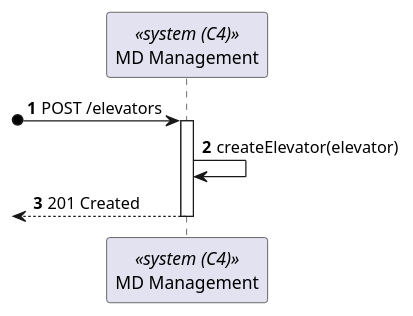
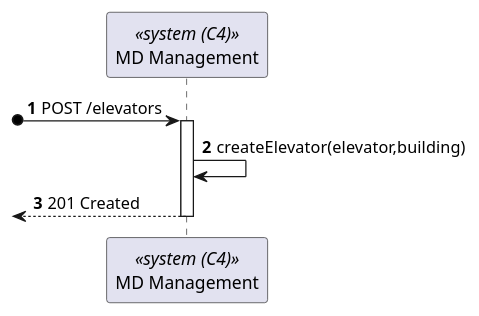
The diagram in _wiki/sprint-a/us13-270/views/level-2/process-view.puml (miseEnPlace-dev/lapr5), drawn with PlantUML before and after one commit. The commit also changed 13 other files, not shown here.

```diff
--- a/_wiki/sprint-a/us13-270/views/level-2/process-view.puml
+++ b/_wiki/sprint-a/us13-270/views/level-2/process-view.puml
@@ -1,13 +1,13 @@
 @startuml process-view
 autonumber
 participant SYS as "MD Management" <<system (C4)>>
 
 
 ?o-> SYS : POST /elevators
 activate SYS
 
-SYS -> SYS : createElevator(elevator)
+SYS -> SYS : createElevator(elevator,building)
 <-- SYS : 201 Created
 deactivate SYS
 
 @enduml
```
